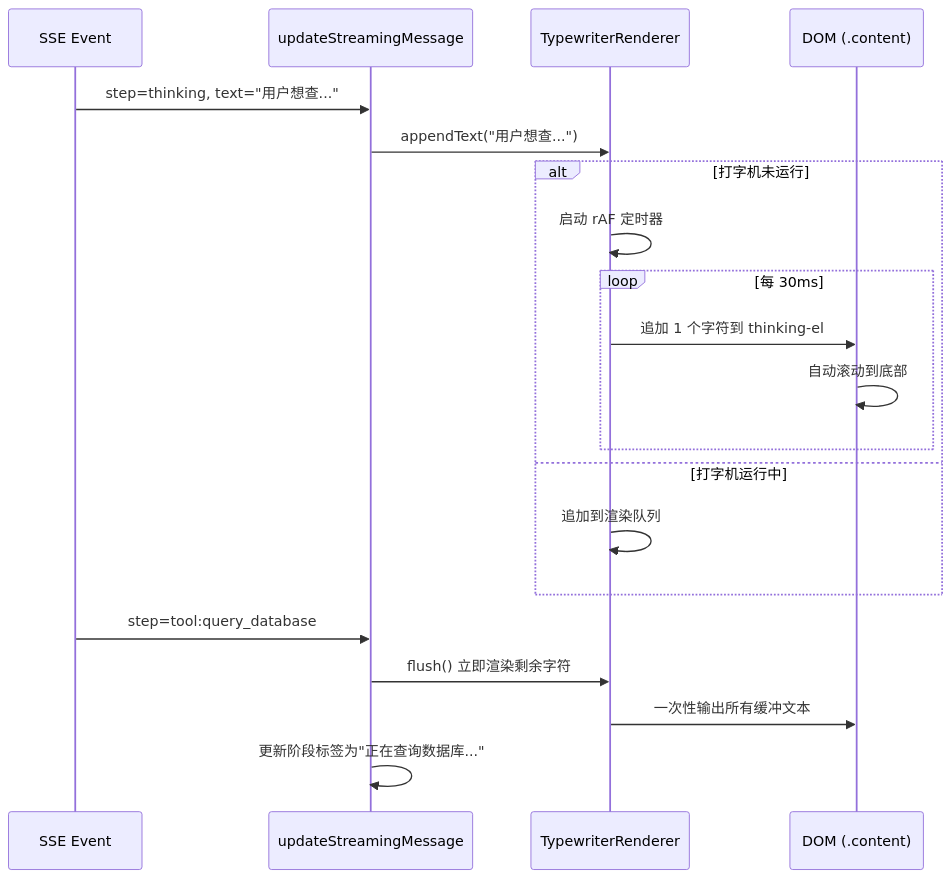
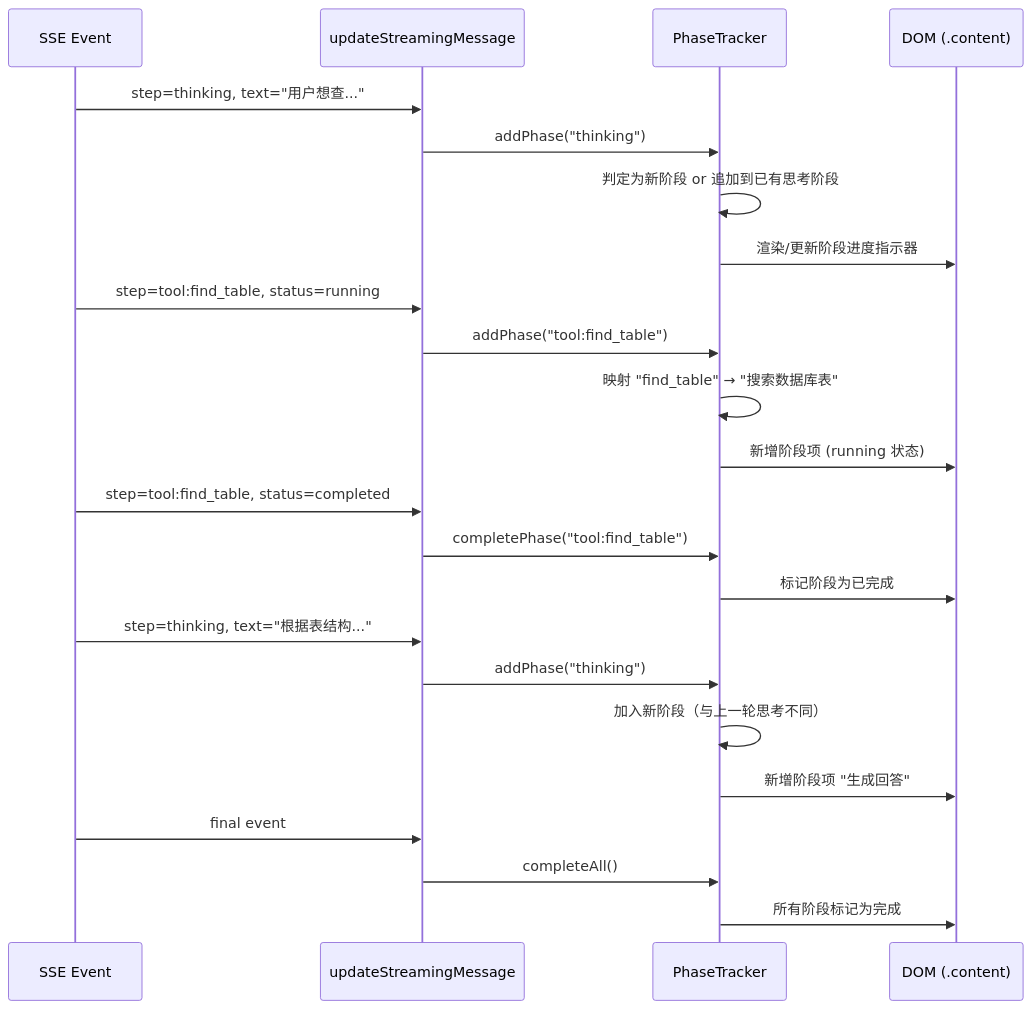
The second of 2 diagrams in .kiro/specs/agent-streaming-display/design.md (SSSSiren/DBAgent), drawn with Mermaid before and after one commit. The commit also changed other lines of this file and 86 other files, not shown here.

````diff
--- a/.kiro/specs/agent-streaming-display/design.md
+++ b/.kiro/specs/agent-streaming-display/design.md
@@ -129,23 +138,30 @@
 ```mermaid
 sequenceDiagram
     participant SSE as SSE Event
     participant U as updateStreamingMessage
-    participant T as TypewriterRenderer
+    participant PT as PhaseTracker
     participant DOM as DOM (.content)
 
     SSE->>U: step=thinking, text="用户想查..."
-    U->>T: appendText("用户想查...")
-    alt 打字机未运行
-        T->>T: 启动 rAF 定时器
-        loop 每 30ms
-            T->>DOM: 追加 1 个字符到 thinking-el
-            DOM->>DOM: 自动滚动到底部
-        end
-    else 打字机运行中
-        T->>T: 追加到渲染队列
-    end
-    SSE->>U: step=tool:query_database
-    U->>T: flush() 立即渲染剩余字符
-    T->>DOM: 一次性输出所有缓冲文本
-    U->>U: 更新阶段标签为"正在查询数据库..."
+    U->>PT: addPhase("thinking")
+    PT->>PT: 判定为新阶段 or 追加到已有思考阶段
+    PT->>DOM: 渲染/更新阶段进度指示器
+
+    SSE->>U: step=tool:find_table, status=running
+    U->>PT: addPhase("tool:find_table")
+    PT->>PT: 映射 "find_table" → "搜索数据库表"
+    PT->>DOM: 新增阶段项 (running 状态)
+
+    SSE->>U: step=tool:find_table, status=completed
+    U->>PT: completePhase("tool:find_table")
+    PT->>DOM: 标记阶段为已完成
+
+    SSE->>U: step=thinking, text="根据表结构..."
+    U->>PT: addPhase("thinking")
+    PT->>PT: 加入新阶段（与上一轮思考不同）
+    PT->>DOM: 新增阶段项 "生成回答"
+
+    SSE->>U: final event
+    U->>PT: completeAll()
+    PT->>DOM: 所有阶段标记为完成
 ```
````
